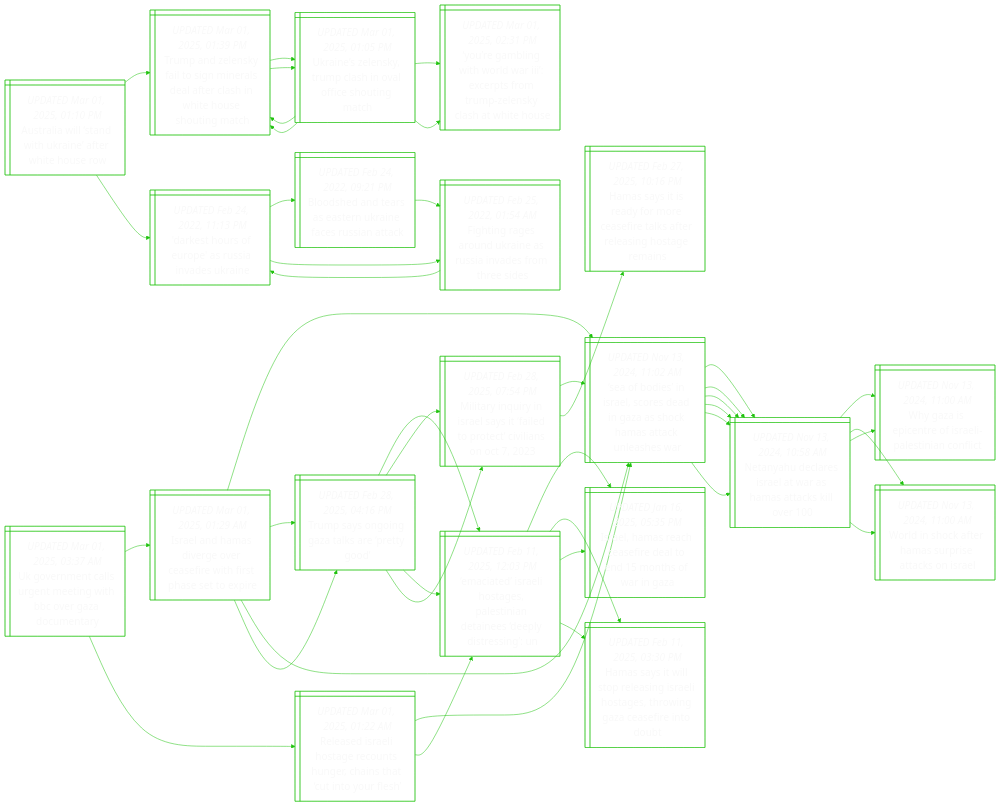
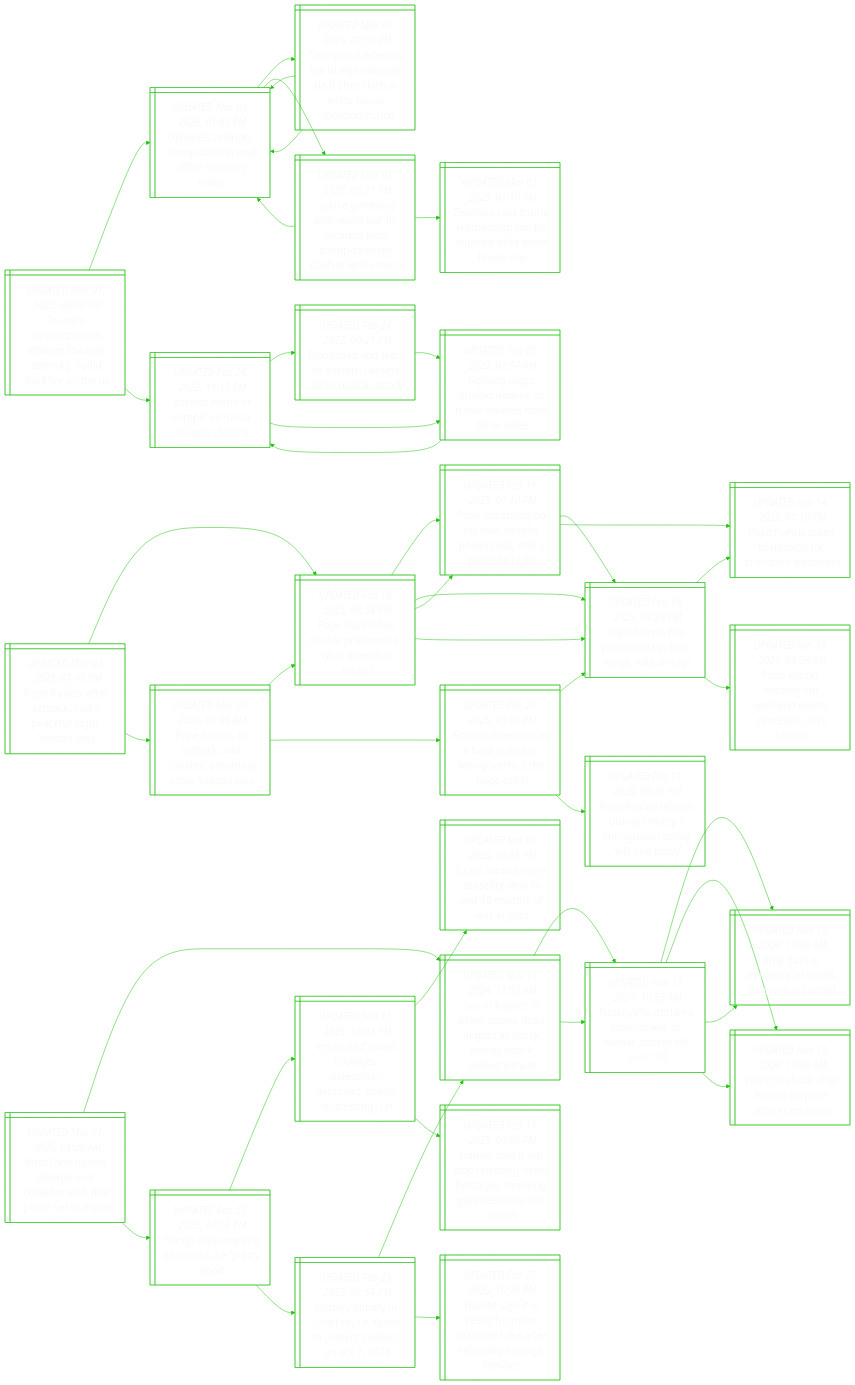
Before and after one commit to notJmes/notJmes: the diagram in README.md, drawn with Mermaid. The commit also changed other lines of this file, not shown here.

````diff
--- a/README.md
+++ b/README.md
@@ -15,6 +15,92 @@
 %%{init: {'theme':'base', 'themeVariables': {'primaryColor': "transparent", 'primaryTextColor': "#F9F9F9", 'lineColor': "#20C20E", 'primaryBorderColor':'#20C20E'}}}%%
 flowchart LR
 classDef txtsize font-size:20px;
+
+TseoterlydfnS@{ shape: win-pane, label: "_UPDATED Mar 01, 2025, 04:05 PM_
+Trump’s contemptuous attitude towards zelensky  could backfire on the us" }
+Unlyphaiogh@{ shape: win-pane, label: "_UPDATED Mar 01, 2025, 01:05 PM_
+Ukraine’s zelensky, trump clash in oval office shouting match" }
+TalytnretaWHsit@{ shape: win-pane, label: "_UPDATED Mar 01, 2025, 01:39 PM_
+Trump and zelensky fail to sign minerals deal after clash in white house shouting match" }
+Unlyphaiogh@{ shape: win-pane, label: "_UPDATED Mar 01, 2025, 01:05 PM_
+Ukraine’s zelensky, trump clash in oval office shouting match" }
+Unlyphaiogh@{ shape: win-pane, label: "_UPDATED Mar 01, 2025, 01:05 PM_
+Ukraine’s zelensky, trump clash in oval office shouting match" }
+YgitlIcsTZsaWH@{ shape: win-pane, label: "_UPDATED Mar 01, 2025, 06:27 PM_
+‘you’re gambling with world war iii’: excerpts from trump-zelensky clash at white house" }
+Unlyphaiogh@{ shape: win-pane, label: "_UPDATED Mar 01, 2025, 01:05 PM_
+Ukraine’s zelensky, trump clash in oval office shouting match" }
+Zsymasaeeets@{ shape: win-pane, label: "_UPDATED Mar 01, 2025, 01:10 PM_
+Zelensky says trump relationship can be repaired after white house row" }
+DsruasvUn@{ shape: win-pane, label: "_UPDATED Feb 24, 2022, 11:13 PM_
+'darkest hours of europe' as russia invades ukraine" }
+Bsnranicsak@{ shape: win-pane, label: "_UPDATED Feb 24, 2022, 09:21 PM_
+Bloodshed and tears as eastern ukraine faces russian attack" }
+Figokesnsts@{ shape: win-pane, label: "_UPDATED Feb 25, 2022, 01:54 AM_
+Fighting rages around ukraine as russia invades from three sides" }
+Figokesnsts@{ shape: win-pane, label: "_UPDATED Feb 25, 2022, 01:54 AM_
+Fighting rages around ukraine as russia invades from three sides" }
+DsruasvUn@{ shape: win-pane, label: "_UPDATED Feb 24, 2022, 11:13 PM_
+'darkest hours of europe' as russia invades ukraine" }
+
+TseoterlydfnS:::txtsize --> Unlyphaiogh:::txtsize
+Unlyphaiogh:::txtsize --> TalytnretaWHsit:::txtsize
+TalytnretaWHsit:::txtsize --> Unlyphaiogh:::txtsize
+TalytnretaWHsit:::txtsize --> Unlyphaiogh:::txtsize
+Unlyphaiogh:::txtsize --> YgitlIcsTZsaWH:::txtsize
+YgitlIcsTZsaWH:::txtsize --> Unlyphaiogh:::txtsize
+YgitlIcsTZsaWH:::txtsize --> Zsymasaeeets:::txtsize
+TseoterlydfnS:::txtsize --> DsruasvUn:::txtsize
+DsruasvUn:::txtsize --> Bsnranicsak:::txtsize
+Bsnranicsak:::txtsize --> Figokesnsts:::txtsize
+DsruasvUn:::txtsize --> Figokesnsts:::txtsize
+Figokesnsts:::txtsize --> DsruasvUn:::txtsize
+
+PrsradcnVas@{ shape: win-pane, label: "_UPDATED Mar 01, 2025, 07:45 PM_
+Pope francis, after setback, had a peaceful night, vatican says" }
+Prsopohet@{ shape: win-pane, label: "_UPDATED Feb 19, 2025, 08:34 PM_
+Pope francis has double pneumonia - what does that mean?" }
+Prihnieiaei@{ shape: win-pane, label: "_UPDATED Feb 19, 2025, 07:10 PM_
+Pope ‘breathing on his own’ despite pneumonia, had a ‘peaceful night’" }
+Prsnnbuan@{ shape: win-pane, label: "_UPDATED Feb 19, 2025, 04:29 PM_
+Pope francis has pneumonia in both lungs, vatican says" }
+Prsnslrire@{ shape: win-pane, label: "_UPDATED Feb 14, 2025, 07:10 PM_
+Pope francis taken to hospital for bronchitis treatment" }
+Prsnnbuan@{ shape: win-pane, label: "_UPDATED Feb 19, 2025, 04:29 PM_
+Pope francis has pneumonia in both lungs, vatican says" }
+Prsnslrire@{ shape: win-pane, label: "_UPDATED Feb 14, 2025, 07:10 PM_
+Pope francis taken to hospital for bronchitis treatment" }
+Parnwnnnesc@{ shape: win-pane, label: "_UPDATED Feb 19, 2025, 03:26 AM_
+Pope eating, reading but weekend events cancelled, says vatican" }
+Prsthodtcscy@{ shape: win-pane, label: "_UPDATED Mar 01, 2025, 03:05 AM_
+Pope francis, in setback, had ‘isolated’ breathing crisis, vatican says" }
+Prsopohet@{ shape: win-pane, label: "_UPDATED Feb 19, 2025, 08:34 PM_
+Pope francis has double pneumonia - what does that mean?" }
+Prihnieiaei@{ shape: win-pane, label: "_UPDATED Feb 19, 2025, 07:10 PM_
+Pope ‘breathing on his own’ despite pneumonia, had a ‘peaceful night’" }
+Prsnnbuan@{ shape: win-pane, label: "_UPDATED Feb 19, 2025, 04:29 PM_
+Pope francis has pneumonia in both lungs, vatican says" }
+Finaaqiortpt@{ shape: win-pane, label: "_UPDATED Feb 28, 2025, 03:38 PM_
+Francis’ illness raises a hard question: who governs if the pope can’t?" }
+Prsnnbuan@{ shape: win-pane, label: "_UPDATED Feb 19, 2025, 04:29 PM_
+Pope francis has pneumonia in both lungs, vatican says" }
+PrsssTsgoilb@{ shape: win-pane, label: "_UPDATED Feb 11, 2025, 09:36 PM_
+Pope francis tells us bishops trump’s immigration policy ‘will end badly’" }
+
+PrsradcnVas:::txtsize --> Prsopohet:::txtsize
+Prsopohet:::txtsize --> Prihnieiaei:::txtsize
+Prihnieiaei:::txtsize --> Prsnnbuan:::txtsize
+Prihnieiaei:::txtsize --> Prsnslrire:::txtsize
+Prsopohet:::txtsize --> Prsnnbuan:::txtsize
+Prsnnbuan:::txtsize --> Prsnslrire:::txtsize
+Prsnnbuan:::txtsize --> Parnwnnnesc:::txtsize
+PrsradcnVas:::txtsize --> Prsthodtcscy:::txtsize
+Prsthodtcscy:::txtsize --> Prsopohet:::txtsize
+Prsopohet:::txtsize --> Prihnieiaei:::txtsize
+Prsopohet:::txtsize --> Prsnnbuan:::txtsize
+Prsthodtcscy:::txtsize --> Finaaqiortpt:::txtsize
+Finaaqiortpt:::txtsize --> Prsnnbuan:::txtsize
+Finaaqiortpt:::txtsize --> PrsssTsgoilb:::txtsize
 
 Ilaiecfiratp@{ shape: win-pane, label: "_UPDATED Mar 01, 2025, 01:29 AM_
 Israel and hamas diverge over ceasefire with first phase set to expire" }
@@ -62,90 +148,4 @@
 MaqiayattiaO:::txtsize --> Sbsrcdnacaale:::txtsize
 MaqiayattiaO:::txtsize --> Hstarcfafeisrn:::txtsize
 
-Aaiatafhoo@{ shape: win-pane, label: "_UPDATED Mar 01, 2025, 01:10 PM_
-Australia will ‘stand with ukraine’ after white house row" }
-TalytnretaWHsit@{ shape: win-pane, label: "_UPDATED Mar 01, 2025, 01:39 PM_
-Trump and zelensky fail to sign minerals deal after clash in white house shouting match" }
-Unlyphaiogh@{ shape: win-pane, label: "_UPDATED Mar 01, 2025, 01:05 PM_
-Ukraine’s zelensky, trump clash in oval office shouting match" }
-TalytnretaWHsit@{ shape: win-pane, label: "_UPDATED Mar 01, 2025, 01:39 PM_
-Trump and zelensky fail to sign minerals deal after clash in white house shouting match" }
-YgitlIcsTZsaWH@{ shape: win-pane, label: "_UPDATED Mar 01, 2025, 02:31 PM_
-‘you’re gambling with world war iii’: excerpts from trump-zelensky clash at white house" }
-Unlyphaiogh@{ shape: win-pane, label: "_UPDATED Mar 01, 2025, 01:05 PM_
-Ukraine’s zelensky, trump clash in oval office shouting match" }
-TalytnretaWHsit@{ shape: win-pane, label: "_UPDATED Mar 01, 2025, 01:39 PM_
-Trump and zelensky fail to sign minerals deal after clash in white house shouting match" }
-YgitlIcsTZsaWH@{ shape: win-pane, label: "_UPDATED Mar 01, 2025, 02:31 PM_
-‘you’re gambling with world war iii’: excerpts from trump-zelensky clash at white house" }
-DsruasvUn@{ shape: win-pane, label: "_UPDATED Feb 24, 2022, 11:13 PM_
-'darkest hours of europe' as russia invades ukraine" }
-Bsnranicsak@{ shape: win-pane, label: "_UPDATED Feb 24, 2022, 09:21 PM_
-Bloodshed and tears as eastern ukraine faces russian attack" }
-Figokesnsts@{ shape: win-pane, label: "_UPDATED Feb 25, 2022, 01:54 AM_
-Fighting rages around ukraine as russia invades from three sides" }
-Figokesnsts@{ shape: win-pane, label: "_UPDATED Feb 25, 2022, 01:54 AM_
-Fighting rages around ukraine as russia invades from three sides" }
-DsruasvUn@{ shape: win-pane, label: "_UPDATED Feb 24, 2022, 11:13 PM_
-'darkest hours of europe' as russia invades ukraine" }
-
-Aaiatafhoo:::txtsize --> TalytnretaWHsit:::txtsize
-TalytnretaWHsit:::txtsize --> Unlyphaiogh:::txtsize
-Unlyphaiogh:::txtsize --> TalytnretaWHsit:::txtsize
-Unlyphaiogh:::txtsize --> YgitlIcsTZsaWH:::txtsize
-TalytnretaWHsit:::txtsize --> Unlyphaiogh:::txtsize
-Unlyphaiogh:::txtsize --> TalytnretaWHsit:::txtsize
-Unlyphaiogh:::txtsize --> YgitlIcsTZsaWH:::txtsize
-Aaiatafhoo:::txtsize --> DsruasvUn:::txtsize
-DsruasvUn:::txtsize --> Bsnranicsak:::txtsize
-Bsnranicsak:::txtsize --> Figokesnsts:::txtsize
-DsruasvUn:::txtsize --> Figokesnsts:::txtsize
-Figokesnsts:::txtsize --> DsruasvUn:::txtsize
-
-UenleewBrdey@{ shape: win-pane, label: "_UPDATED Mar 01, 2025, 03:37 AM_
-Uk government calls urgent meeting with bbc over gaza documentary" }
-Ilaiecfiratp@{ shape: win-pane, label: "_UPDATED Mar 01, 2025, 01:29 AM_
-Israel and hamas diverge over ceasefire with first phase set to expire" }
-Sbsrcdnacaale@{ shape: win-pane, label: "_UPDATED Nov 13, 2024, 11:02 AM_
-‘sea of bodies’ in israel, scores dead in gaza as shock hamas attack unleashes war" }
-NyeeawHakl@{ shape: win-pane, label: "_UPDATED Nov 13, 2024, 10:58 AM_
-Netanyahu declares israel at war as hamas attacks kill over 100" }
-NyeeawHakl@{ shape: win-pane, label: "_UPDATED Nov 13, 2024, 10:58 AM_
-Netanyahu declares israel at war as hamas attacks kill over 100" }
-Tsngtaeo@{ shape: win-pane, label: "_UPDATED Feb 28, 2025, 04:16 PM_
-Trump says ongoing gaza talks are ‘pretty good’" }
-Easiaaidnedeg@{ shape: win-pane, label: "_UPDATED Feb 11, 2025, 12:03 PM_
-‘emaciated’ israeli hostages, palestinian detainees ‘deeply distressing’: un" }
-MaqiayattiaO@{ shape: win-pane, label: "_UPDATED Feb 28, 2025, 07:54 PM_
-Military inquiry in israel says it ‘failed to protect’ civilians on oct 7, 2023" }
-Rsrhgohrntnus@{ shape: win-pane, label: "_UPDATED Mar 01, 2025, 01:22 AM_
-Released israeli hostage recounts hunger, chains that ‘cut into your flesh’" }
-Sbsrcdnacaale@{ shape: win-pane, label: "_UPDATED Nov 13, 2024, 11:02 AM_
-‘sea of bodies’ in israel, scores dead in gaza as shock hamas attack unleashes war" }
-NyeeawHakl@{ shape: win-pane, label: "_UPDATED Nov 13, 2024, 10:58 AM_
-Netanyahu declares israel at war as hamas attacks kill over 100" }
-NyeeawHakl@{ shape: win-pane, label: "_UPDATED Nov 13, 2024, 10:58 AM_
-Netanyahu declares israel at war as hamas attacks kill over 100" }
-Easiaaidnedeg@{ shape: win-pane, label: "_UPDATED Feb 11, 2025, 12:03 PM_
-‘emaciated’ israeli hostages, palestinian detainees ‘deeply distressing’: un" }
-Ilshedoooia@{ shape: win-pane, label: "_UPDATED Jan 16, 2025, 05:35 PM_
-Israel, hamas reach ceasefire deal to end 15 months of war in gaza" }
-Hstseirhgrgcfnu@{ shape: win-pane, label: "_UPDATED Feb 11, 2025, 03:30 PM_
-Hamas says it will stop releasing israeli hostages, throwing gaza ceasefire into doubt" }
-
-UenleewBrdey:::txtsize --> Ilaiecfiratp:::txtsize
-Ilaiecfiratp:::txtsize --> Sbsrcdnacaale:::txtsize
-Sbsrcdnacaale:::txtsize --> NyeeawHakl:::txtsize
-Sbsrcdnacaale:::txtsize --> NyeeawHakl:::txtsize
-Ilaiecfiratp:::txtsize --> Tsngtaeo:::txtsize
-Tsngtaeo:::txtsize --> Easiaaidnedeg:::txtsize
-Tsngtaeo:::txtsize --> MaqiayattiaO:::txtsize
-UenleewBrdey:::txtsize --> Rsrhgohrntnus:::txtsize
-Rsrhgohrntnus:::txtsize --> Sbsrcdnacaale:::txtsize
-Sbsrcdnacaale:::txtsize --> NyeeawHakl:::txtsize
-Sbsrcdnacaale:::txtsize --> NyeeawHakl:::txtsize
-Rsrhgohrntnus:::txtsize --> Easiaaidnedeg:::txtsize
-Easiaaidnedeg:::txtsize --> Ilshedoooia:::txtsize
-Easiaaidnedeg:::txtsize --> Hstseirhgrgcfnu:::txtsize
-
 ```
````
